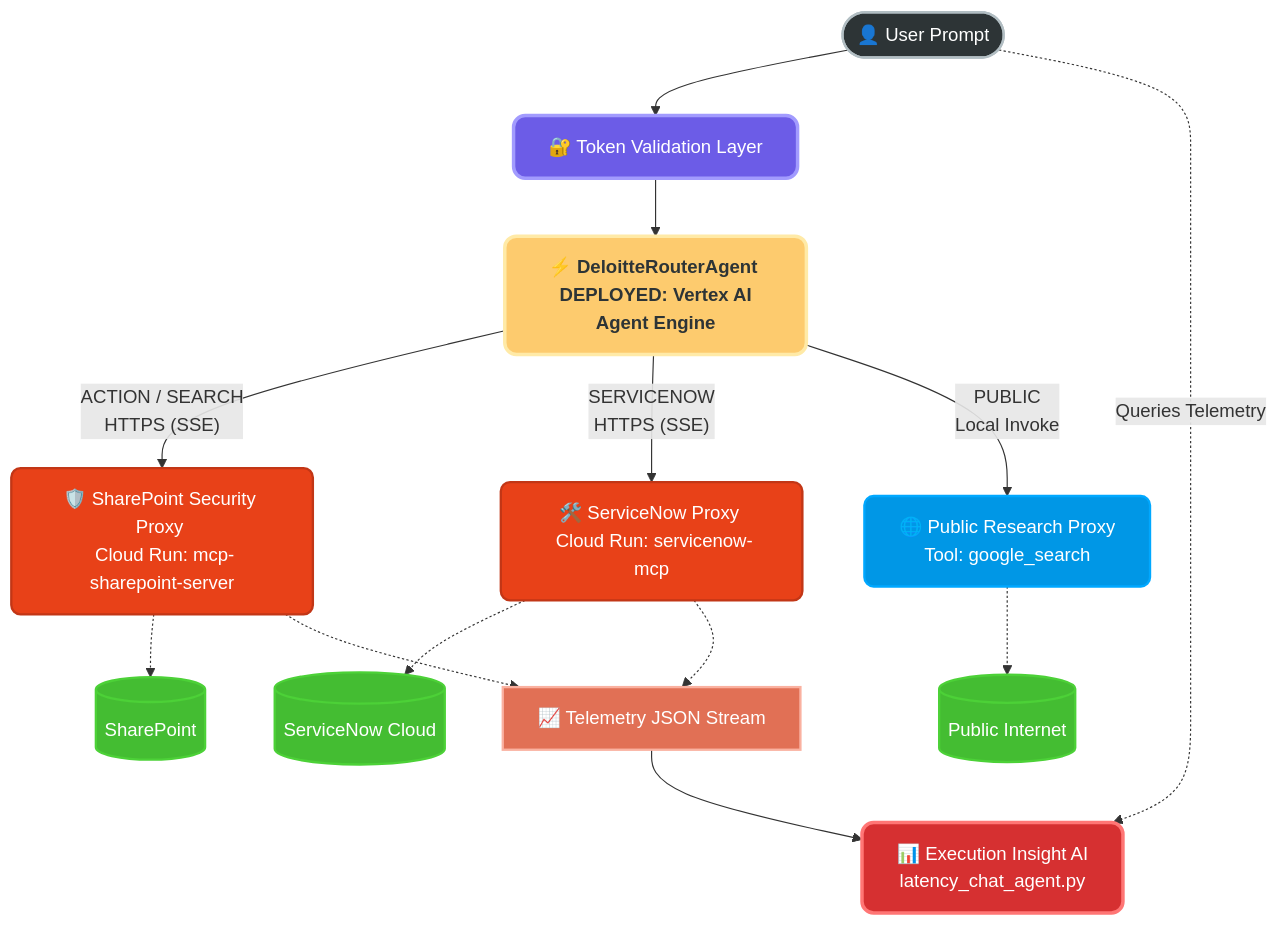
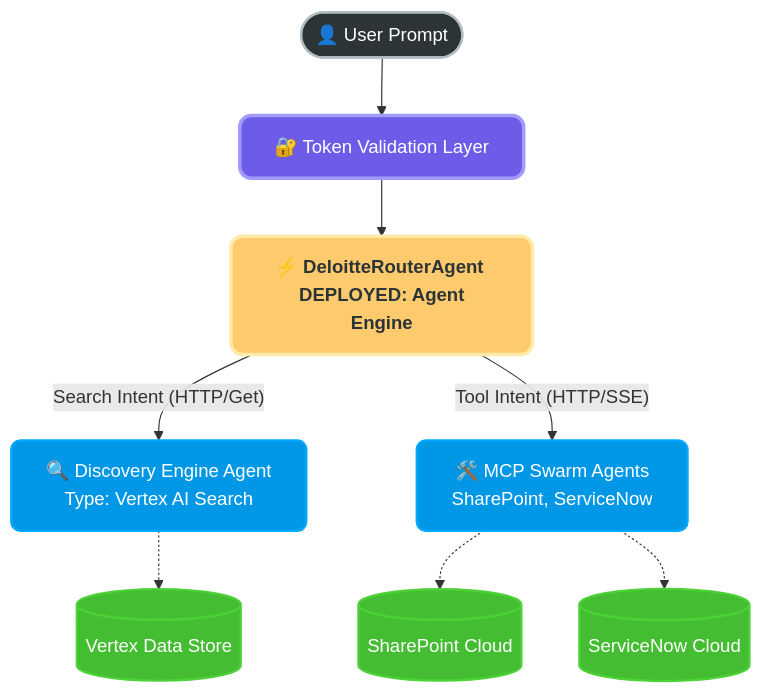
One commit to jchavezar/vertex-ai-samples changed the second of 2 diagrams in antigravity/internal_components_portal_remote/backend/agents/README.md. Above: the diagram before and after it, drawn with Mermaid. The commit also changed other lines of this file, not shown here.

Commit message:
docs: Update agents README with All MCP vs GE+MCP modes

````diff
--- a/antigravity/internal_components_portal_remote/backend/agents/README.md
+++ b/antigravity/internal_components_portal_remote/backend/agents/README.md
@@ -26,40 +50,19 @@
 ```mermaid
 graph TD
-    %% Styling Definitions
     classDef user fill:#2d3436,stroke:#b2bec3,stroke-width:2px,color:#fff,rx:15,ry:15;
     classDef auth fill:#6c5ce7,stroke:#a29bfe,stroke-width:3px,color:#fff,rx:10,ry:10;
     classDef router fill:#fdcb6e,stroke:#ffeaa7,stroke-width:3px,color:#2d3436,rx:10,ry:10,font-weight:bold;
     classDef proxy fill:#0097e6,stroke:#00a8ff,stroke-width:2px,color:#fff,rx:8,ry:8;
-    classDef run fill:#e84118,stroke:#c23616,stroke-width:2px,color:#fff,rx:8,ry:8;
     classDef db fill:#44bd32,stroke:#4cd137,stroke-width:2px,color:#fff,shape:cylinder;
-    classDef telemetry fill:#e17055,stroke:#fab1a0,stroke-width:2px,color:#fff;
-    classDef insight fill:#d63031,stroke:#ff7675,stroke-width:3px,color:#fff,rx:10,ry:10;
 
     User([👤 User Prompt]):::user --> Auth[🔐 Token Validation Layer]:::auth
-    Auth --> Router[⚡ DeloitteRouterAgent \n DEPLOYED: Vertex AI Agent Engine]:::router
-    
-    %% Intent Detection
-    Router -- "ACTION / SEARCH\n HTTPS (SSE)" --> SecurityProxy[🛡️ SharePoint Security Proxy \n Cloud Run: mcp-sharepoint-server]:::run
-    Router -- "SERVICENOW\n HTTPS (SSE)" --> ServiceNowProxy[🛠️ ServiceNow Proxy \n Cloud Run: servicenow-mcp]:::run
-    Router -- "PUBLIC\n Local Invoke" --> PublicProxy[🌐 Public Research Proxy \n Tool: google_search]:::proxy
+    Auth --> Router[⚡ DeloitteRouterAgent \n DEPLOYED: Agent Engine]:::router
 
-    %% Deep Dives
-    SecurityProxy -.-> SharePoint[(SharePoint)]:::db
-    ServiceNowProxy -.-> SNSystem[(ServiceNow Cloud)]:::db
-    PublicProxy -.-> Web[(Public Internet)]:::db
+    %% Intent Fork
+    Router -- "Search Intent (HTTP/Get)" --> DE[🔍 Discovery Engine Agent \n Type: Vertex AI Search]:::proxy
+    Router -- "Tool Intent (HTTP/SSE)" --> MCP[🛠️ MCP Swarm Agents \n SharePoint, ServiceNow]:::proxy
 
-    %% Observability
-    SecurityProxy -.-> TelemetryLog[📈 Telemetry JSON Stream]:::telemetry
-    ServiceNowProxy -.-> TelemetryLog
-    
-    %% Post Analysis
-    TelemetryLog --> AnalyticsAgent[📊 Execution Insight AI \n latency_chat_agent.py]:::insight
-    User -. "Queries Telemetry" .-> AnalyticsAgent
-
-    %% Clickable Links via Absolute GitHub URLs!
-    click Router "https://github.com/jchavezar/vertex-ai-samples/blob/main/antigravity/internal_components_portal_remote/backend/agents/docs/router.md" "Intent Router Documentation"
-    click SecurityProxy "https://github.com/jchavezar/vertex-ai-samples/blob/main/antigravity/internal_components_portal_remote/backend/agents/docs/security_proxy.md" "Security Proxy Details"
-    click ServiceNowProxy "https://github.com/jchavezar/vertex-ai-samples/blob/main/antigravity/internal_components_portal_remote/backend/agents/docs/servicenow_proxy.md" "ServiceNow Agent Info"
-    click PublicProxy "https://github.com/jchavezar/vertex-ai-samples/blob/main/antigravity/internal_components_portal_remote/backend/agents/docs/public_research.md" "Public Intelligence Proxy"
-    click AnalyticsAgent "https://github.com/jchavezar/vertex-ai-samples/blob/main/antigravity/internal_components_portal_remote/backend/agents/docs/analytics_agents.md" "Latency & Analytics Engine"
+    DE -.-> VDS[(Vertex Data Store)]:::db
+    MCP -.-> SP[(SharePoint Cloud)]:::db
+    MCP -.-> ServiceNow[(ServiceNow Cloud)]:::db
 ```
````
